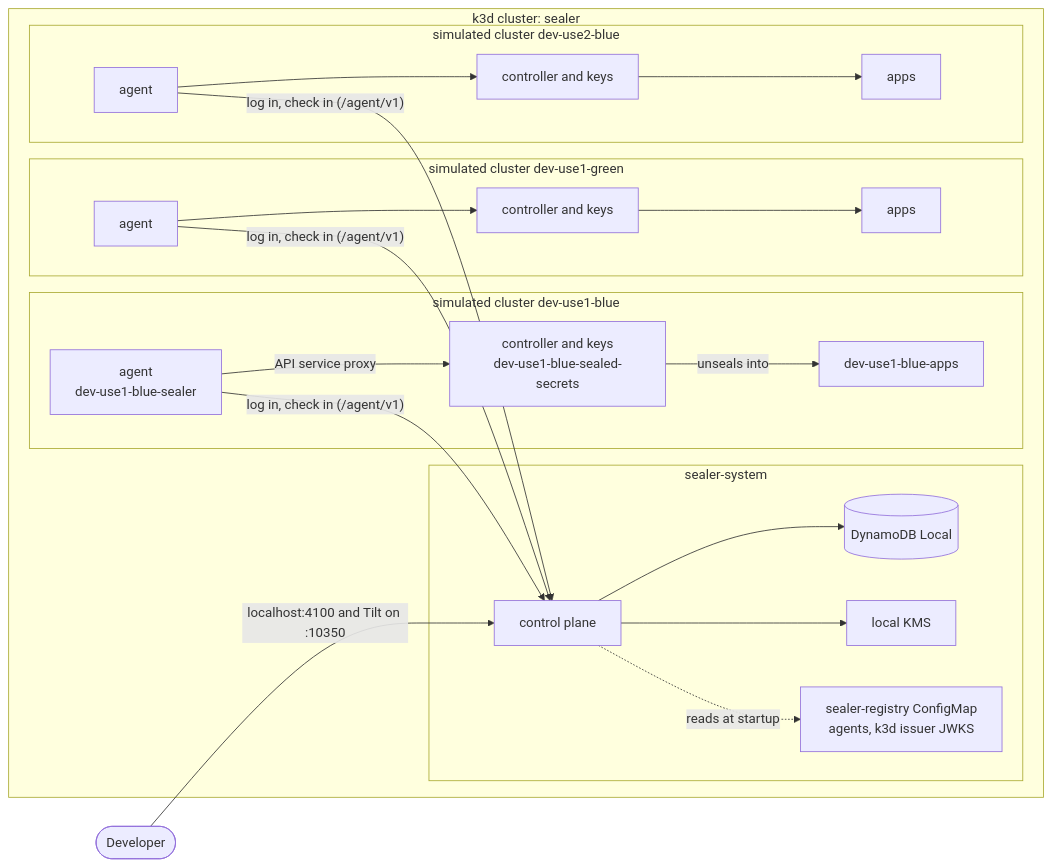
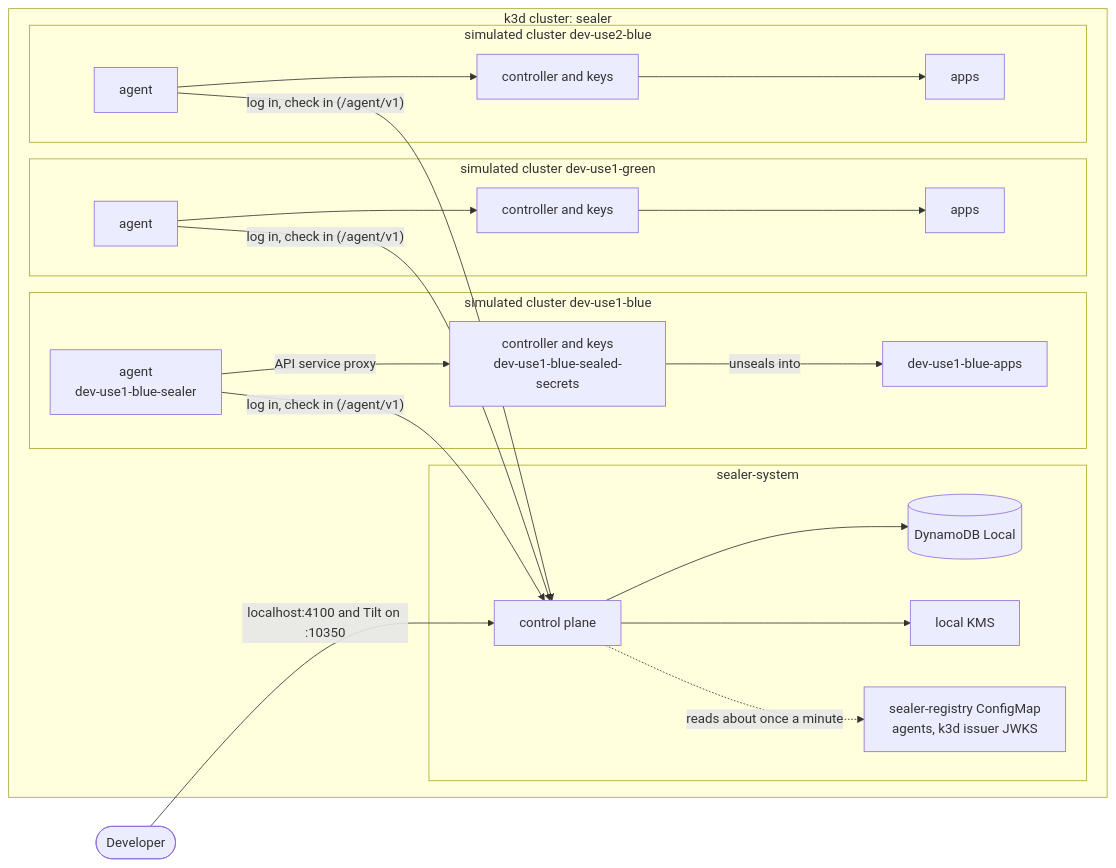
Before and after one commit to cruxstack/k8s-sealed-secrets-sealer: the diagram in docs/development.md, drawn with Mermaid. The commit also changed other lines of this file and 4 other files, not shown here.

````diff
--- a/docs/development.md
+++ b/docs/development.md
@@ -29,27 +29,27 @@
 ```mermaid
 flowchart LR
   dev(["Developer"])
   subgraph k3d["k3d cluster: sealer"]
     subgraph sys["sealer-system"]
       cp["control plane"]
       ddb[("DynamoDB Local")]
       kms["local KMS"]
       reg["sealer-registry ConfigMap<br/>agents, k3d issuer JWKS"]
       cp --> ddb
       cp --> kms
-      cp -.->|reads at startup| reg
+      cp -.->|reads about once a minute| reg
     end
     subgraph blue["simulated cluster dev-use1-blue"]
       ab["agent<br/>dev-use1-blue-sealer"] -->|API service proxy| cb["controller and keys<br/>dev-use1-blue-sealed-secrets"]
       cb -->|unseals into| apb["dev-use1-blue-apps"]
     end
     subgraph green["simulated cluster dev-use1-green"]
       ag["agent"] --> cg["controller and keys"] --> apg["apps"]
     end
     subgraph use2["simulated cluster dev-use2-blue"]
       au["agent"] --> cu["controller and keys"] --> apu["apps"]
     end
     ab & ag & au -->|"log in, check in (/agent/v1)"| cp
   end
   dev -->|"localhost:4100 and Tilt on :10350"| cp
 ```
````
